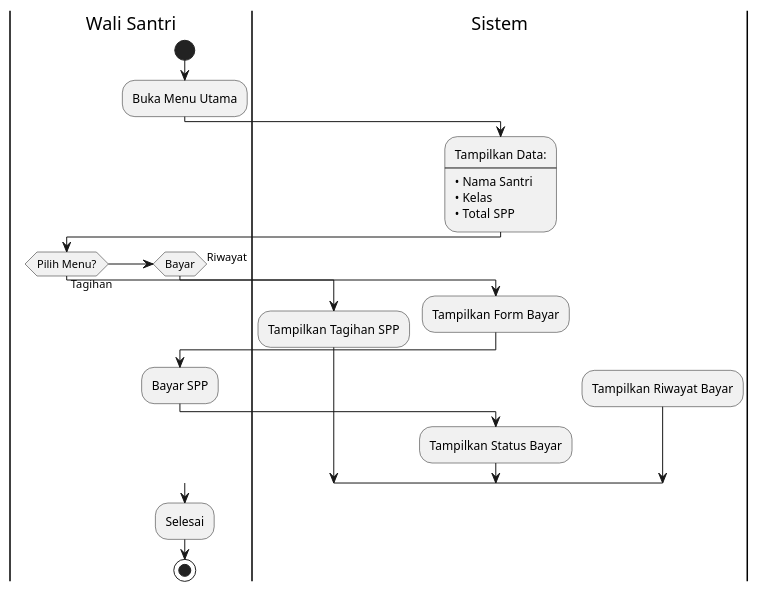
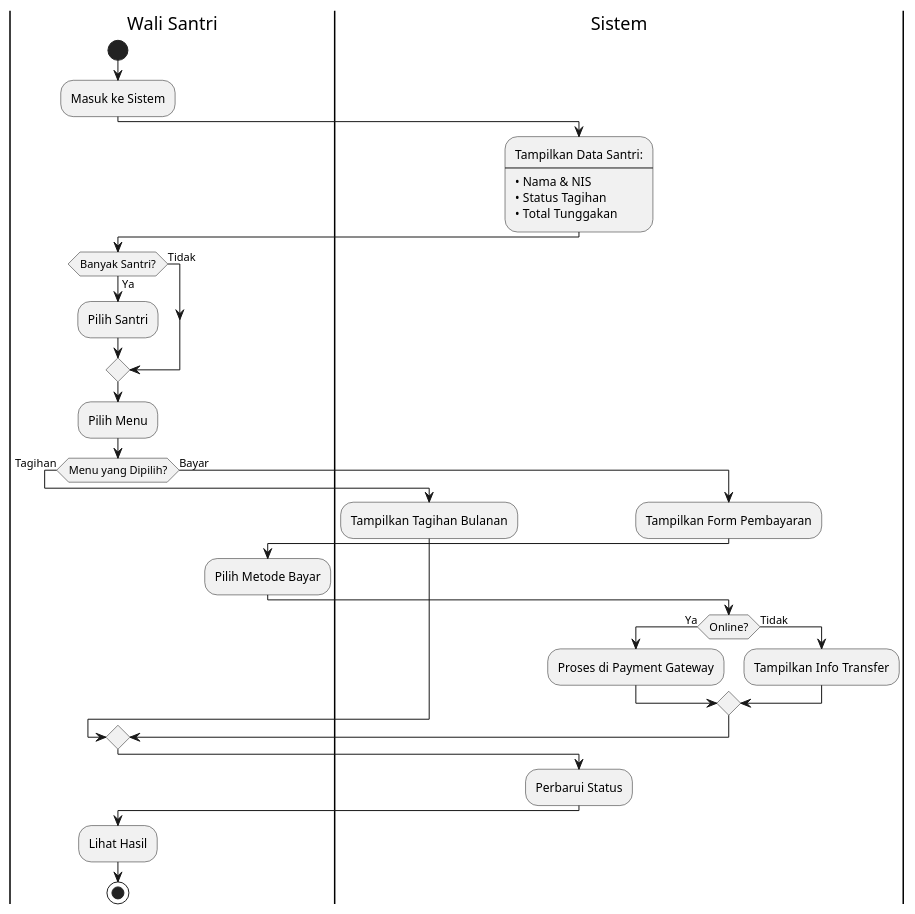
Before and after one commit to faruq-idn/SPP-JNJ: the diagram in diagrams/activity_wali.puml, drawn with PlantUML. The commit also changed 19 other files, not shown here.

```diff
--- a/diagrams/activity_wali.puml
+++ b/diagrams/activity_wali.puml
@@ -1,40 +1,50 @@
 @startuml Aktivitas Wali Santri
 
 |Wali Santri|
 start
 
-:Buka Menu Utama;
+:Masuk ke Sistem;
 
 |Sistem|
-:Tampilkan Data:
+:Tampilkan Data Santri:
 ----
-• Nama Santri
-• Kelas
-• Total SPP;
+• Nama & NIS
+• Status Tagihan
+• Total Tunggakan;
 
 |Wali Santri|
-if (Pilih Menu?) then (Tagihan)
+if (Banyak Santri?) then (Ya)
+
+    :Pilih Santri;
+else (Tidak)
+endif
+
+:Pilih Menu;
+
+if (Menu yang Dipilih?) then (Tagihan)
     |Sistem|
-    :Tampilkan Tagihan SPP;
-
-elseif (Bayar)
+    :Tampilkan Tagihan Bulanan;
+else (Bayar)
     |Sistem|
-    :Tampilkan Form Bayar;
+    :Tampilkan Form Pembayaran;
     
     |Wali Santri|
-    :Bayar SPP;
+    :Pilih Metode Bayar;
     
     |Sistem|
-    :Tampilkan Status Bayar;
-
-else (Riwayat)
-    |Sistem|
-    :Tampilkan Riwayat Bayar;
+    if (Online?) then (Ya)
+        :Proses di Payment Gateway;
+    else (Tidak)
+        :Tampilkan Info Transfer;
+    endif
 endif
 
+|Sistem|
+:Perbarui Status;
+
 |Wali Santri|
-:Selesai;
+:Lihat Hasil;
 
 stop
 
 @enduml
```
